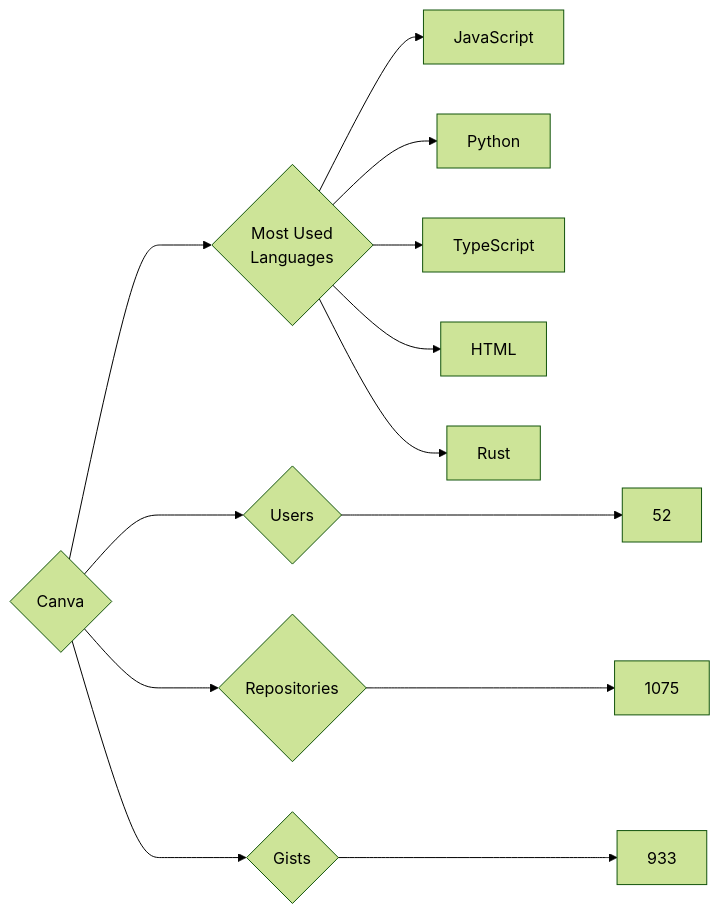
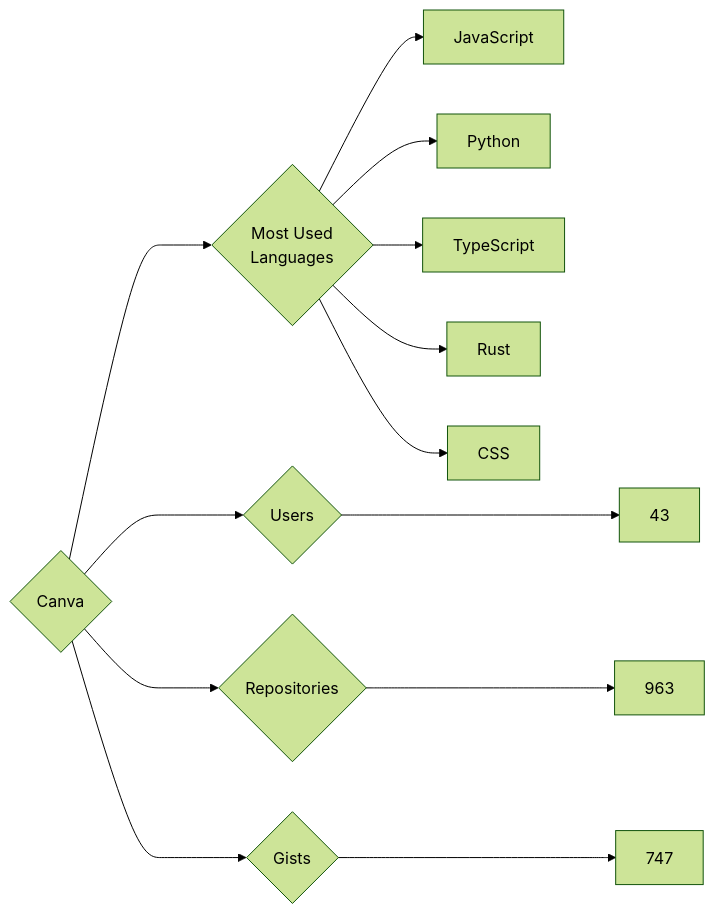
Before and after one commit to trickest/insiders: the diagram in targets/Canva/README.md, drawn with Mermaid (forest theme). The commit also changed 688 other files, not shown here.

````diff
--- a/targets/Canva/README.md
+++ b/targets/Canva/README.md
@@ -3,13 +3,13 @@
 ```mermaid
 graph LR
 COMPANY_NAME{Canva}
-COMPANY_NAME ---> U{Users} ---> UN[52]
-COMPANY_NAME ---> R{Repositories} ---> RN[1075]
-COMPANY_NAME ---> G{Gists} ---> GN[933]
+COMPANY_NAME ---> U{Users} ---> UN[43]
+COMPANY_NAME ---> R{Repositories} ---> RN[963]
+COMPANY_NAME ---> G{Gists} ---> GN[747]
 COMPANY_NAME ---> ML{Most Used<br>Languages}
 ML --> JavaScript[JavaScript]
 ML --> Python[Python]
 ML --> TypeScript[TypeScript]
-ML --> HTML[HTML]
 ML --> Rust[Rust]
+ML --> CSS[CSS]
 ```
````
